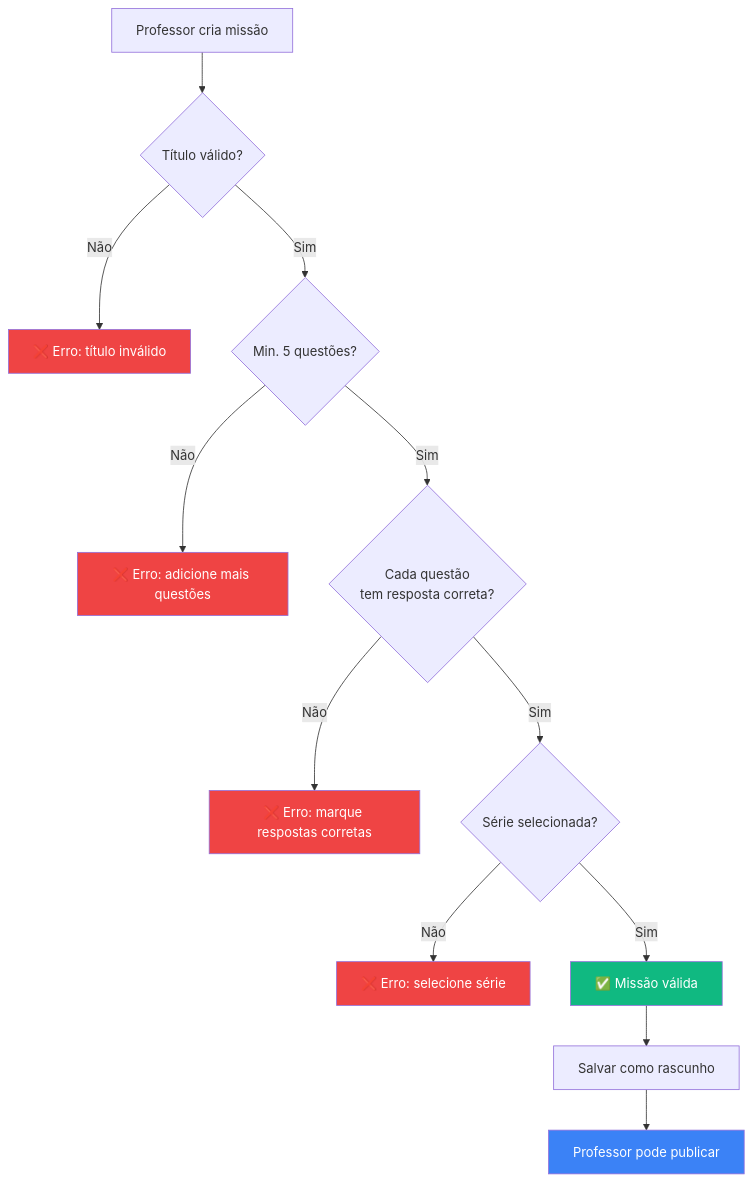
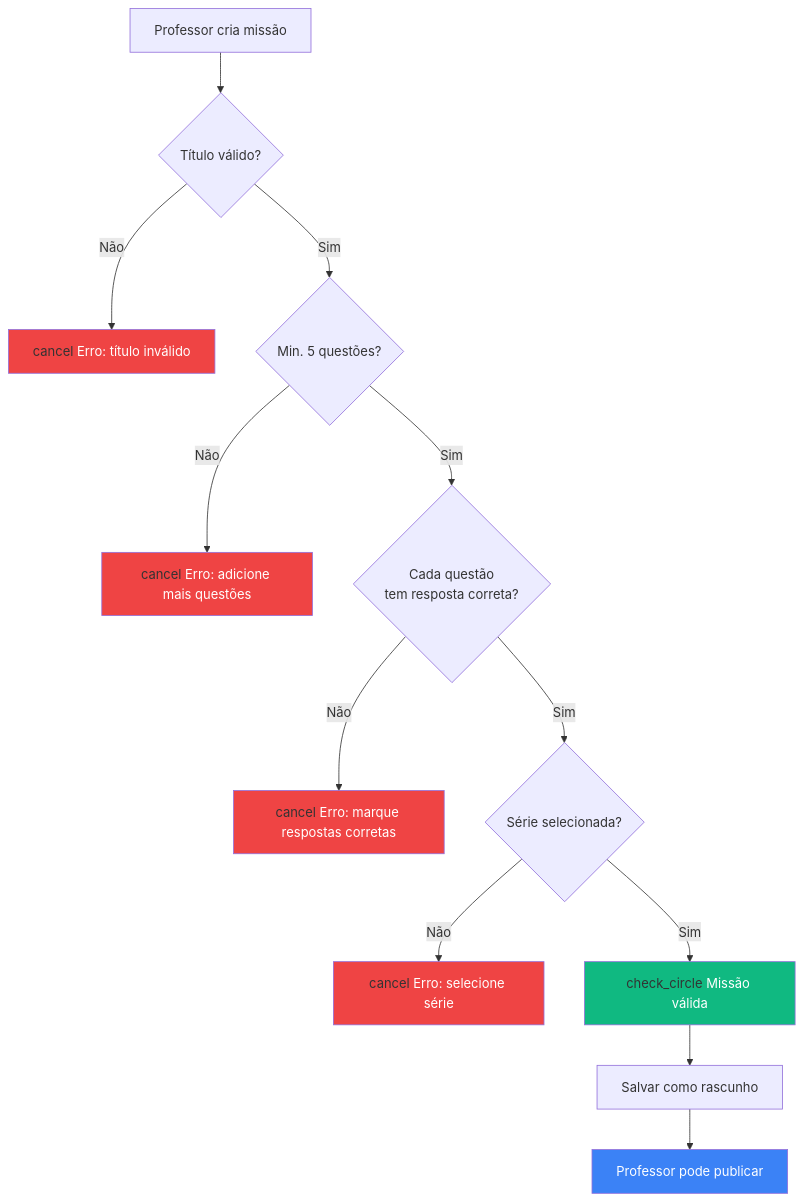
One commit to fabioeducacross/Ambiente_de_Prototipacao_V5 changed the second of 5 diagrams in documentation/docs/business-rules/validation-rules.md. Above: the diagram before and after it, drawn with Mermaid. The commit also changed other lines of this file and 46 other files, not shown here.

First line of the commit message:
feat: substitui emojis por Material Symbols icons na wiki

````diff
--- a/documentation/docs/business-rules/validation-rules.md
+++ b/documentation/docs/business-rules/validation-rules.md
@@ -129,25 +129,25 @@
 ```mermaid
 flowchart TD
     A[Professor cria missão] --> B{Título válido?}
-    B -->|Não| C[❌ Erro: título inválido]
+    B -->|Não| C[<span class="material-symbols-outlined">cancel</span> Erro: título inválido]
     B -->|Sim| D{Min. 5 questões?}
     
-    D -->|Não| E[❌ Erro: adicione mais questões]
+    D -->|Não| E[<span class="material-symbols-outlined">cancel</span> Erro: adicione mais questões]
     D -->|Sim| F{Cada questão<br/>tem resposta correta?}
     
-    F -->|Não| G[❌ Erro: marque respostas corretas]
+    F -->|Não| G[<span class="material-symbols-outlined">cancel</span> Erro: marque respostas corretas]
     F -->|Sim| H{Série selecionada?}
     
-    H -->|Não| I[❌ Erro: selecione série]
-    H -->|Sim| J[✅ Missão válida]
+    H -->|Não| I[<span class="material-symbols-outlined">cancel</span> Erro: selecione série]
+    H -->|Sim| J[<span class="material-symbols-outlined">check_circle</span> Missão válida]
     
     J --> K[Salvar como rascunho]
     K --> L[Professor pode publicar]
     
     style C fill:#EF4444,color:#fff
     style E fill:#EF4444,color:#fff
     style G fill:#EF4444,color:#fff
     style I fill:#EF4444,color:#fff
     style J fill:#10B981,color:#fff
     style L fill:#3B82F6,color:#fff
 ```
````
